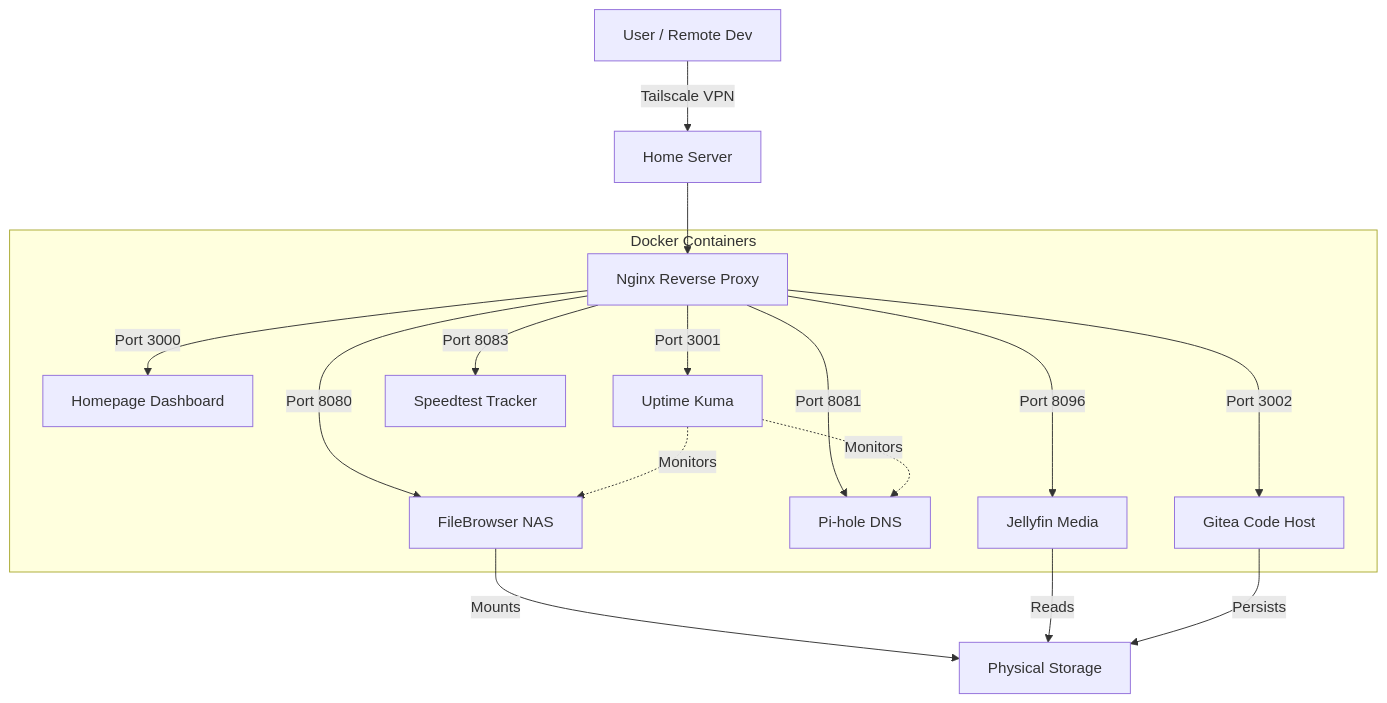
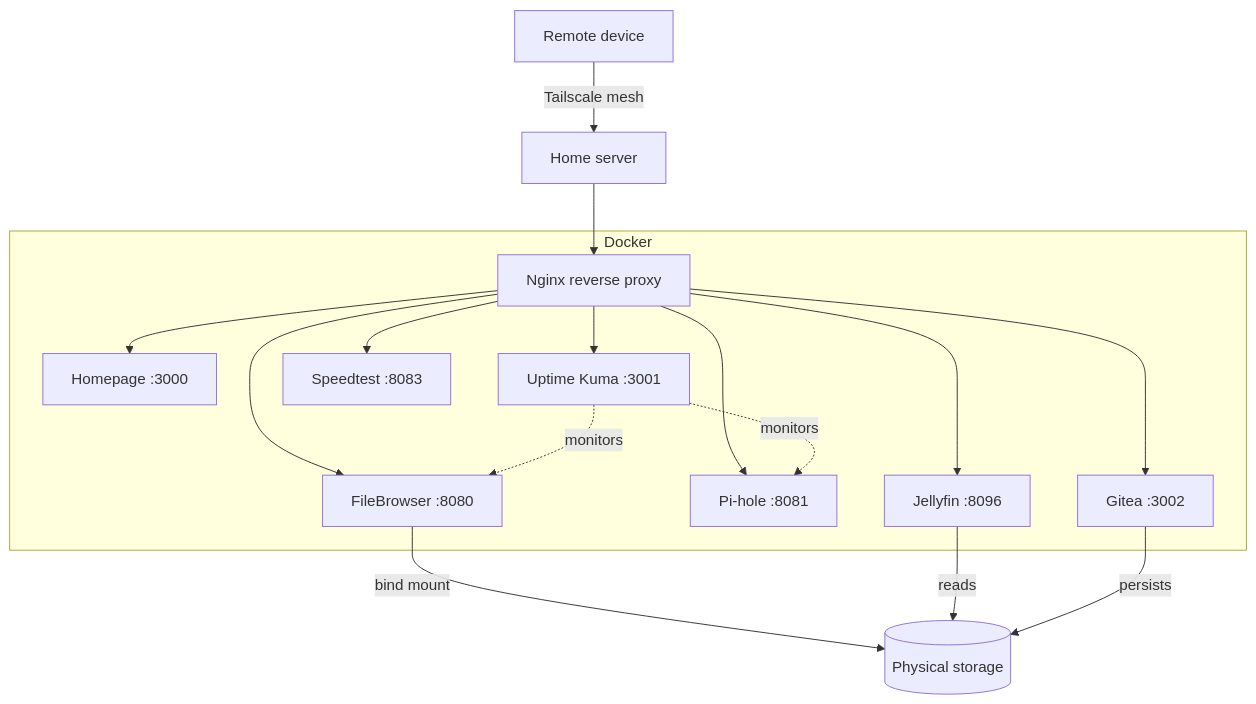
One commit to kimzam30/my-homelab-setup changed the diagram in README.md. Above: the diagram before and after it, drawn with Mermaid. The commit also changed other lines of this file, not shown here.

````diff
--- a/README.md
+++ b/README.md
@@ -34,21 +29,21 @@
 ```mermaid
 graph TD
-    User[User / Remote Dev] -->|Tailscale VPN| Host[Home Server]
-    Host --> Nginx[Nginx Reverse Proxy]
+    User[Remote device] -->|Tailscale mesh| Host[Home server]
+    Host --> Nginx[Nginx reverse proxy]
 
-    subgraph Docker Containers
-        Nginx -->|Port 3000| Homepage[Homepage Dashboard]
-        Nginx -->|Port 8080| FB[FileBrowser NAS]
-        Nginx -->|Port 3001| UK[Uptime Kuma]
-        Nginx -->|Port 8081| Pihole[Pi-hole DNS]
-        Nginx -->|Port 8096| Jellyfin[Jellyfin Media]
-        Nginx -->|Port 8083| Speedtest[Speedtest Tracker]
-        Nginx -->|Port 3002| Gitea[Gitea Code Host]
+    subgraph Docker
+        Nginx --> Homepage[Homepage :3000]
+        Nginx --> FB[FileBrowser :8080]
+        Nginx --> UK[Uptime Kuma :3001]
+        Nginx --> Pihole[Pi-hole :8081]
+        Nginx --> Jellyfin[Jellyfin :8096]
+        Nginx --> Speedtest[Speedtest :8083]
+        Nginx --> Gitea[Gitea :3002]
     end
 
-    UK -.->|Monitors| Pihole
-    UK -.->|Monitors| FB
-    FB -->|Mounts| HDD[Physical Storage]
-    Jellyfin -->|Reads| HDD
-    Gitea -->|Persists| HDD
+    UK -.->|monitors| Pihole
+    UK -.->|monitors| FB
+    FB -->|bind mount| HDD[(Physical storage)]
+    Jellyfin -->|reads| HDD
+    Gitea -->|persists| HDD
 ```
````
